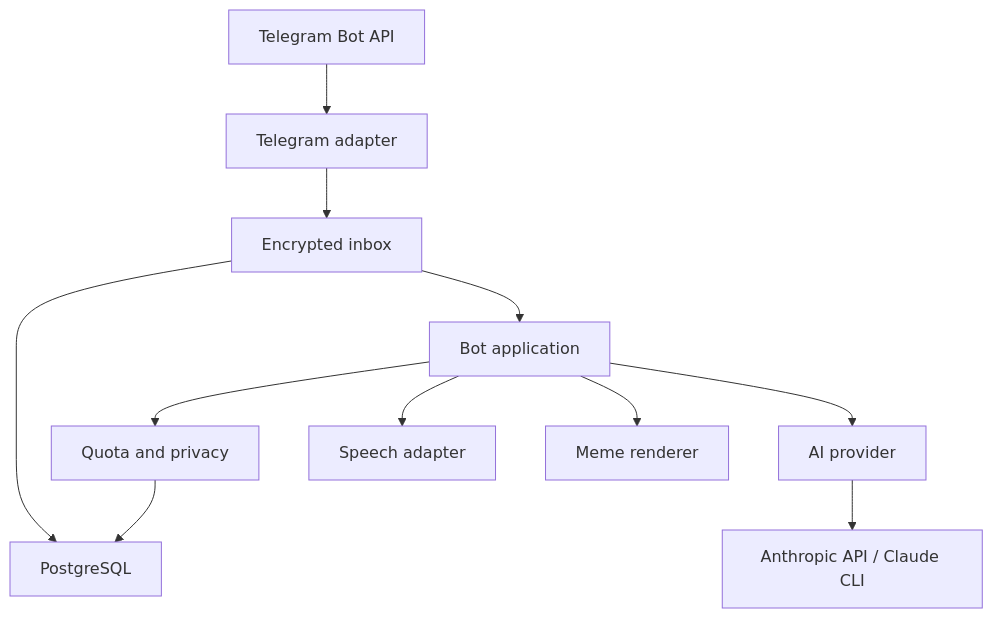
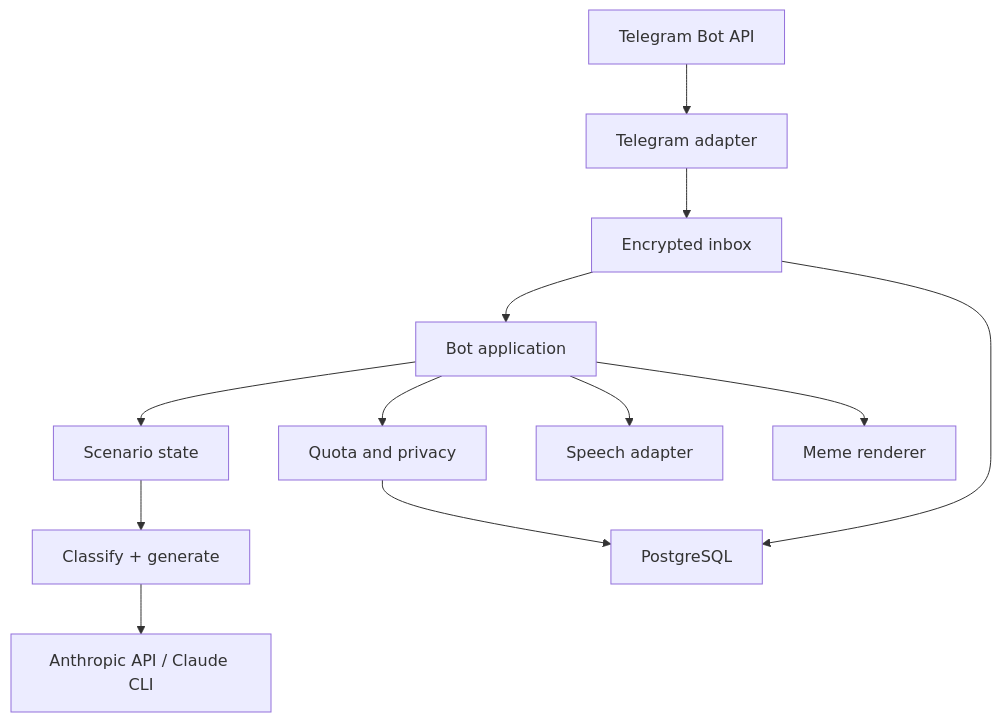
The diagram in docs/architecture.md (aleka7sk/witty-reply), drawn with Mermaid before and after one commit. The commit also changed other lines of this file and 30 other files, not shown here.

````diff
--- a/docs/architecture.md
+++ b/docs/architecture.md
@@ -5,13 +5,14 @@
 ```mermaid
 flowchart TD
     TG["Telegram Bot API"] --> T["Telegram adapter"]
     T --> QI["Encrypted inbox"]
     QI --> B["Bot application"]
     B --> Q["Quota and privacy"]
-    B --> AI["AI provider"]
+    B --> MODE["Scenario state"]
+    MODE --> AI["Classify + generate"]
     B --> STT["Speech adapter"]
     B --> MEME["Meme renderer"]
     Q --> PG["PostgreSQL"]
     QI --> PG
     AI --> C["Anthropic API / Claude CLI"]
 ```
````
